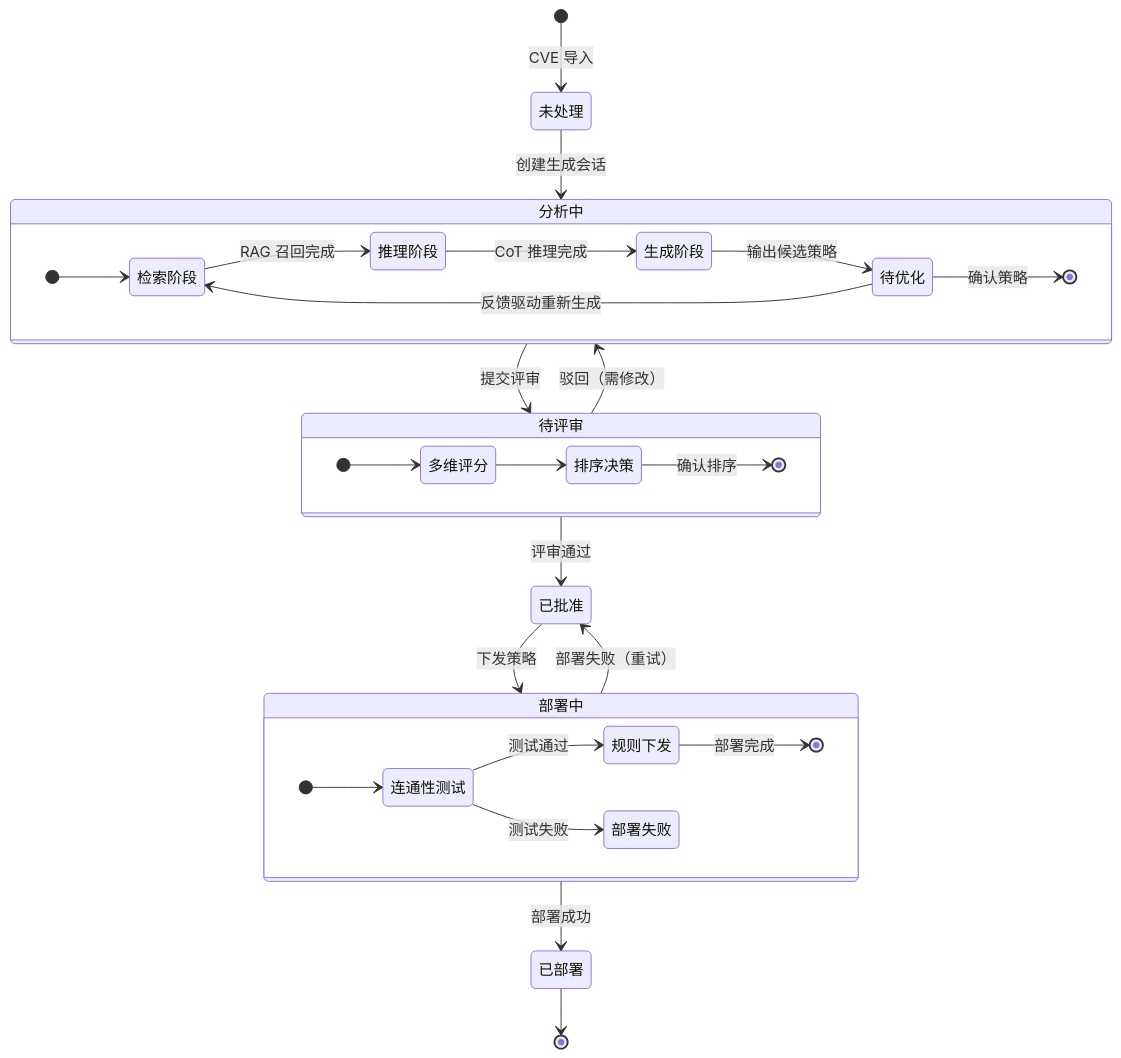
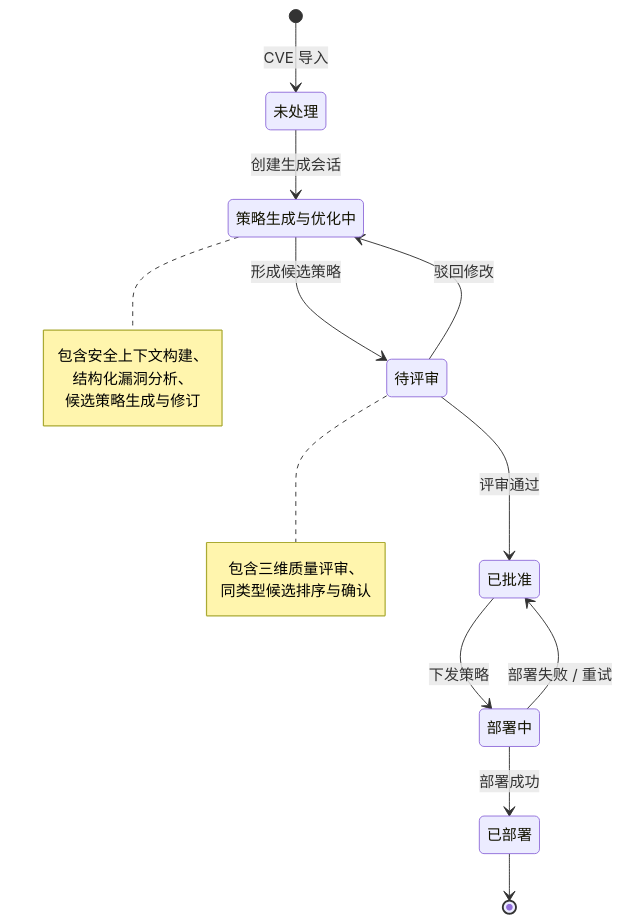
The diagram in images/chap4/cve_lifecycle.mmd (Ivanbeethoven/ustb_graduator_paper), drawn with Mermaid before and after one commit. The commit also changed 25 other files, not shown here.

```diff
--- a/images/chap4/cve_lifecycle.mmd
+++ b/images/chap4/cve_lifecycle.mmd
@@ -1,44 +1,34 @@
+%%{init: {
+  'theme': 'base',
+  'themeVariables': {
+    'fontSize': '14px',
+    'fontFamily': '"Microsoft YaHei","PingFang SC","Noto Sans SC",sans-serif',
+    'lineColor': '#6b7280',
+    'primaryBorderColor': '#8b5cf6',
+    'primaryTextColor': '#1f2937'
+  }
+}}%%
 stateDiagram-v2
     direction TB
-    %% UML 状态图 — CVE 漏洞处置生命周期（纵向布局）
+    %% UML 状态图 — CVE 漏洞处置生命周期（含候选策略生成与优化）
 
     [*] --> 未处理 : CVE 导入
+    未处理 --> 策略生成与优化中 : 创建生成会话
+    策略生成与优化中 --> 待评审 : 形成候选策略
+    待评审 --> 策略生成与优化中 : 驳回修改
+    待评审 --> 已批准 : 评审通过
+    已批准 --> 部署中 : 下发策略
+    部署中 --> 已批准 : 部署失败 / 重试
+    部署中 --> 已部署 : 部署成功
+    已部署 --> [*]
 
-    未处理 --> 分析中 : 创建生成会话
+    note right of 策略生成与优化中
+        包含安全上下文构建、
+        结构化漏洞分析、
+        候选策略生成与修订
+    end note
 
-    state 分析中 {
-        direction LR
-        [*] --> 检索阶段
-        检索阶段 --> 推理阶段 : RAG 召回完成
-        推理阶段 --> 生成阶段 : CoT 推理完成
-        生成阶段 --> 待优化 : 输出候选策略
-        待优化 --> 检索阶段 : 反馈驱动重新生成
-        待优化 --> [*] : 确认策略
-    }
-
-    分析中 --> 待评审 : 提交评审
-
-    state 待评审 {
-        direction LR
-        [*] --> 多维评分
-        多维评分 --> 排序决策
-        排序决策 --> [*] : 确认排序
-    }
-
-    待评审 --> 分析中 : 驳回（需修改）
-    待评审 --> 已批准 : 评审通过
-
-    已批准 --> 部署中 : 下发策略
-
-    state 部署中 {
-        direction LR
-        [*] --> 连通性测试
-        连通性测试 --> 规则下发 : 测试通过
-        连通性测试 --> 部署失败 : 测试失败
-        规则下发 --> [*] : 部署完成
-    }
-
-    部署中 --> 已部署 : 部署成功
-    部署中 --> 已批准 : 部署失败（重试）
-
-    已部署 --> [*]
+    note right of 待评审
+        包含三维质量评审、
+        同类型候选排序与确认
+    end note
```
